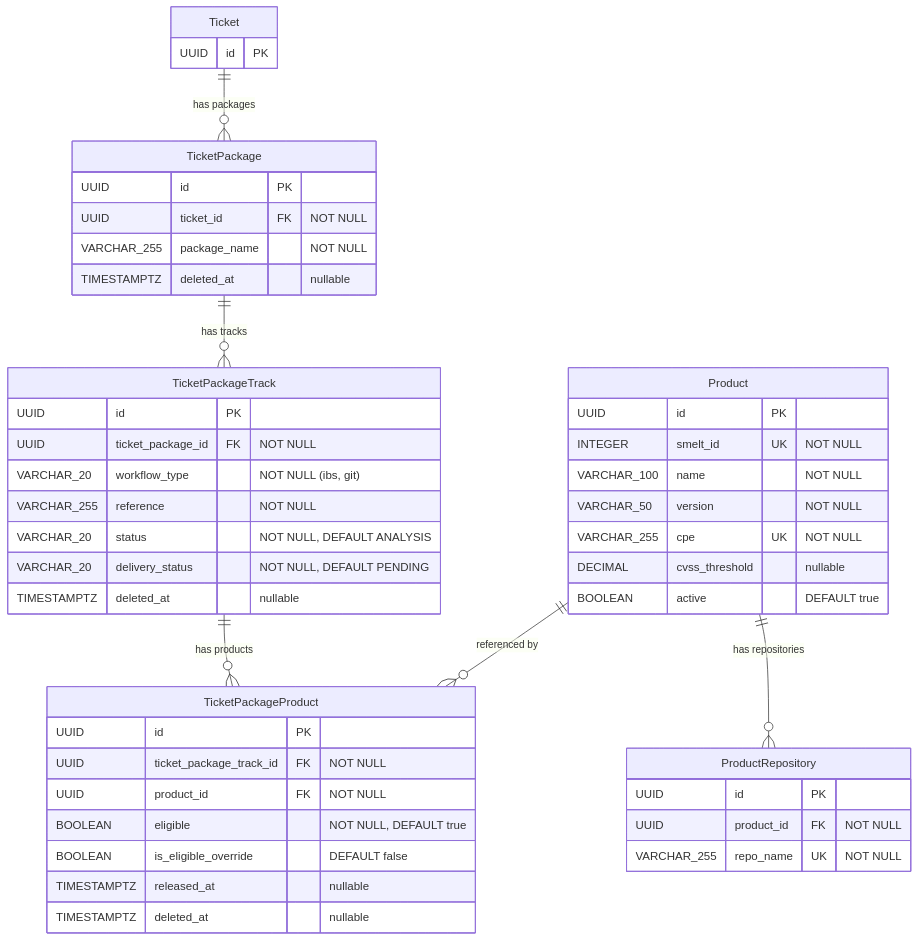
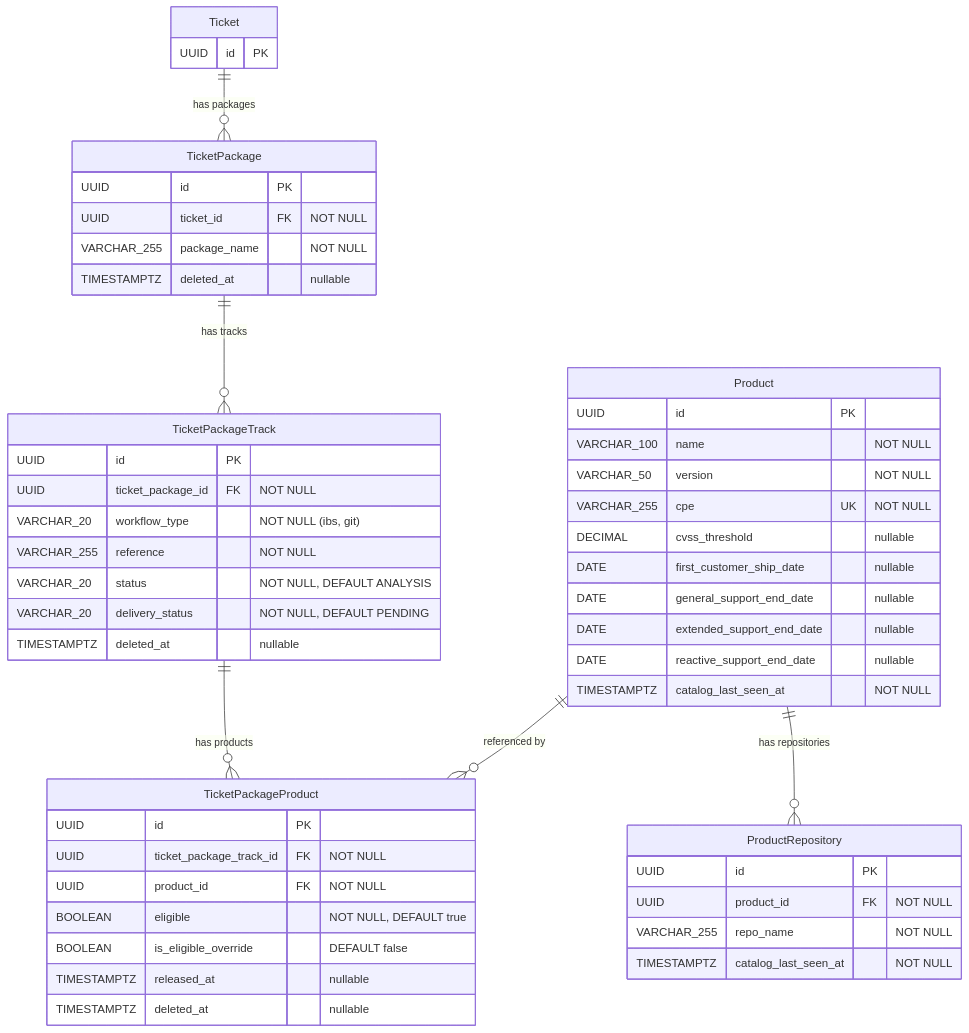
The third of 6 diagrams in docs/data-model.md (StayPirate/STAMP), drawn with Mermaid before and after one commit. The commit also changed other lines of this file and 13 other files, not shown here.

````diff
--- a/docs/data-model.md
+++ b/docs/data-model.md
@@ -222,50 +222,54 @@
 ```mermaid
 erDiagram
     Ticket {
         UUID id PK
     }
     TicketPackage {
         UUID id PK
         UUID ticket_id FK "NOT NULL"
         VARCHAR_255 package_name "NOT NULL"
         TIMESTAMPTZ deleted_at "nullable"
     }
     TicketPackageTrack {
         UUID id PK
         UUID ticket_package_id FK "NOT NULL"
         VARCHAR_20 workflow_type "NOT NULL (ibs, git)"
         VARCHAR_255 reference "NOT NULL"
         VARCHAR_20 status "NOT NULL, DEFAULT ANALYSIS"
         VARCHAR_20 delivery_status "NOT NULL, DEFAULT PENDING"
         TIMESTAMPTZ deleted_at "nullable"
     }
     TicketPackageProduct {
         UUID id PK
         UUID ticket_package_track_id FK "NOT NULL"
         UUID product_id FK "NOT NULL"
         BOOLEAN eligible "NOT NULL, DEFAULT true"
         BOOLEAN is_eligible_override "DEFAULT false"
         TIMESTAMPTZ released_at "nullable"
         TIMESTAMPTZ deleted_at "nullable"
     }
     Product {
         UUID id PK
-        INTEGER smelt_id UK "NOT NULL"
         VARCHAR_100 name "NOT NULL"
         VARCHAR_50 version "NOT NULL"
         VARCHAR_255 cpe UK "NOT NULL"
         DECIMAL cvss_threshold "nullable"
-        BOOLEAN active "DEFAULT true"
+        DATE first_customer_ship_date "nullable"
+        DATE general_support_end_date "nullable"
+        DATE extended_support_end_date "nullable"
+        DATE reactive_support_end_date "nullable"
+        TIMESTAMPTZ catalog_last_seen_at "NOT NULL"
     }
     ProductRepository {
         UUID id PK
         UUID product_id FK "NOT NULL"
-        VARCHAR_255 repo_name UK "NOT NULL"
+        VARCHAR_255 repo_name "NOT NULL"
+        TIMESTAMPTZ catalog_last_seen_at "NOT NULL"
     }
 
     Ticket ||--o{ TicketPackage : "has packages"
     TicketPackage ||--o{ TicketPackageTrack : "has tracks"
     TicketPackageTrack ||--o{ TicketPackageProduct : "has products"
     Product ||--o{ TicketPackageProduct : "referenced by"
     Product ||--o{ ProductRepository : "has repositories"
 ```
````
